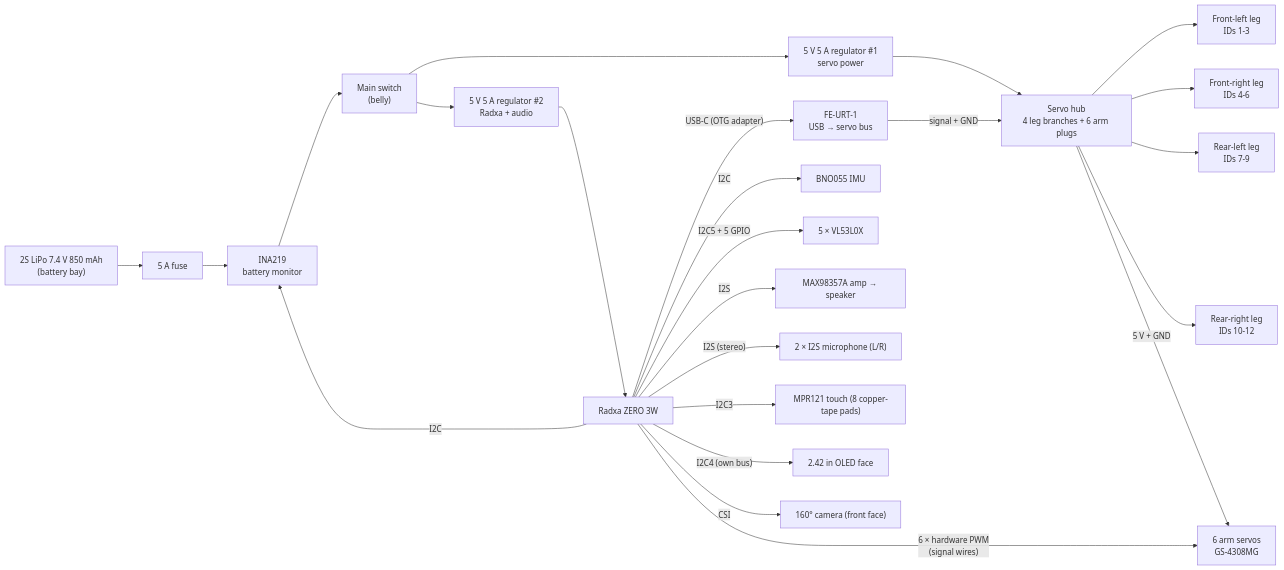
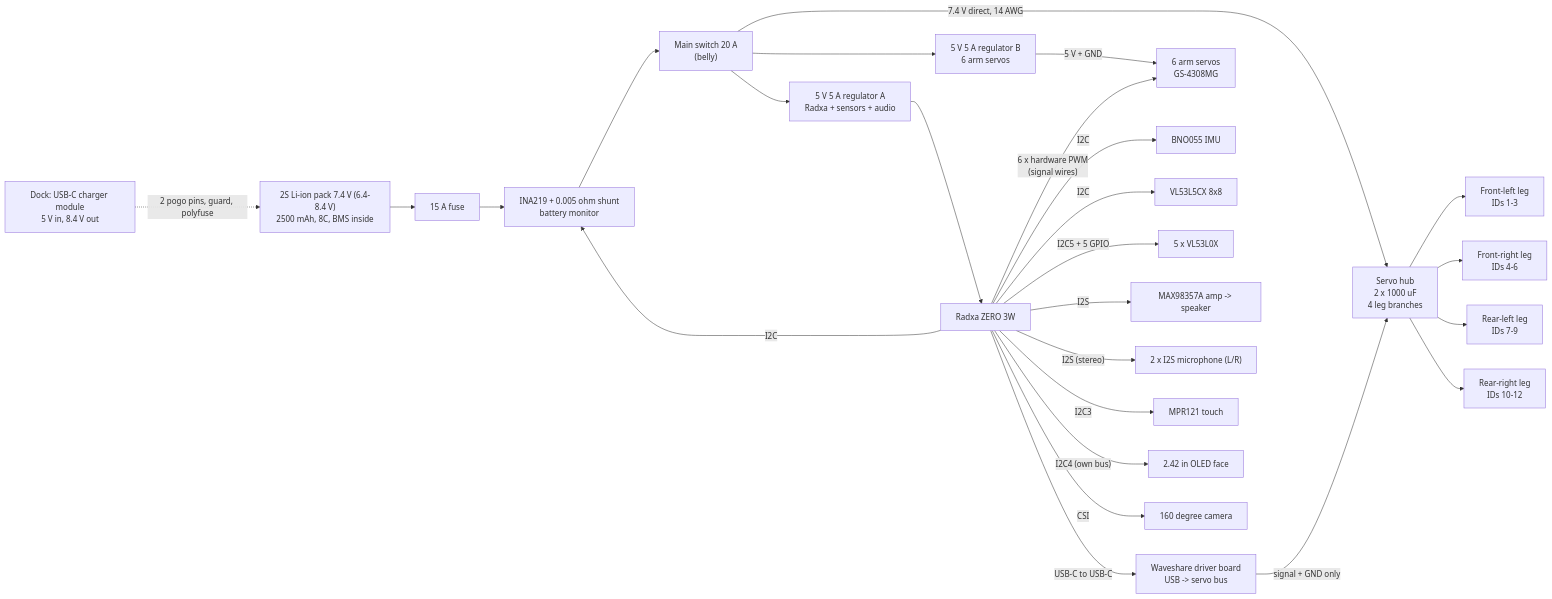
One commit to rhythmshandlya/pinch changed the diagram in hardware/electronics.md. Above: the diagram before and after it, drawn with Mermaid. The commit also changed other lines of this file and 4 other files, not shown here.

First line of the commit message:
BOM rebuilt for 12 x STS3215 legs on a 2S Li-ion pack, in three orders

````diff
--- a/hardware/electronics.md
+++ b/hardware/electronics.md
@@ -23,26 +27,28 @@
 ```mermaid
 flowchart LR
-    BAT["2S LiPo 7.4 V 850 mAh<br/>(battery bay)"] --> FUSE["5 A fuse"]
-    FUSE --> INA["INA219<br/>battery monitor"]
-    INA --> SW["Main switch<br/>(belly)"]
-    SW --> REG6["5 V 5 A regulator #1<br/>servo power"]
-    SW --> REG5["5 V 5 A regulator #2<br/>Radxa + audio"]
-    REG6 --> HUB["Servo hub<br/>4 leg branches + 6 arm plugs"]
-    URT["FE-URT-1<br/>USB → servo bus"] -- "signal + GND" --> HUB
+    BAT["2S Li-ion pack 7.4 V (6.4-8.4 V)<br/>2500 mAh, 8C, BMS inside"] --> FUSE["15 A fuse"]
+    FUSE --> INA["INA219 + 0.005 ohm shunt<br/>battery monitor"]
+    INA --> SW["Main switch 20 A<br/>(belly)"]
+    SW -- "7.4 V direct, 14 AWG" --> HUB["Servo hub<br/>2 x 1000 uF<br/>4 leg branches"]
+    SW --> REGA["5 V 5 A regulator A<br/>Radxa + sensors + audio"]
+    SW --> REGB["5 V 5 A regulator B<br/>6 arm servos"]
+    URT["Waveshare driver board<br/>USB -> servo bus"] -- "signal + GND only" --> HUB
     HUB --> FL["Front-left leg<br/>IDs 1-3"]
     HUB --> FR["Front-right leg<br/>IDs 4-6"]
     HUB --> RL["Rear-left leg<br/>IDs 7-9"]
     HUB --> RR["Rear-right leg<br/>IDs 10-12"]
-    HUB -- "5 V + GND" --> ARMS["6 arm servos<br/>GS-4308MG"]
-    REG5 --> PI["Radxa ZERO 3W"]
-    PI -- "6 × hardware PWM<br/>(signal wires)" --> ARMS
-    PI -- "USB-C (OTG adapter)" --> URT
+    REGB -- "5 V + GND" --> ARMS["6 arm servos<br/>GS-4308MG"]
+    REGA --> PI["Radxa ZERO 3W"]
+    PI -- "6 x hardware PWM<br/>(signal wires)" --> ARMS
+    PI -- "USB-C to USB-C" --> URT
     PI -- "I2C" --> IMU["BNO055 IMU"]
     PI -- "I2C" --> INA
-    PI -- "I2C5 + 5 GPIO" --> TOF["5 × VL53L0X"]
-    PI -- "I2S" --> AMP["MAX98357A amp → speaker"]
-    PI -- "I2S (stereo)" --> MIC["2 × I2S microphone (L/R)"]
-    PI -- "I2C3" --> TOUCH["MPR121 touch (8 copper-tape pads)"]
+    PI -- "I2C" --> TOF8["VL53L5CX 8x8"]
+    PI -- "I2C5 + 5 GPIO" --> TOF["5 x VL53L0X"]
+    PI -- "I2S" --> AMP["MAX98357A amp -> speaker"]
+    PI -- "I2S (stereo)" --> MIC["2 x I2S microphone (L/R)"]
+    PI -- "I2C3" --> TOUCH["MPR121 touch"]
     PI -- "I2C4 (own bus)" --> FACE["2.42 in OLED face"]
-    PI -- "CSI" --> CAM["160° camera (front face)"]
+    PI -- "CSI" --> CAM["160 degree camera"]
+    DOCK["Dock: USB-C charger module<br/>5 V in, 8.4 V out"] -. "2 pogo pins, guard, polyfuse" .-> BAT
 ```
````
